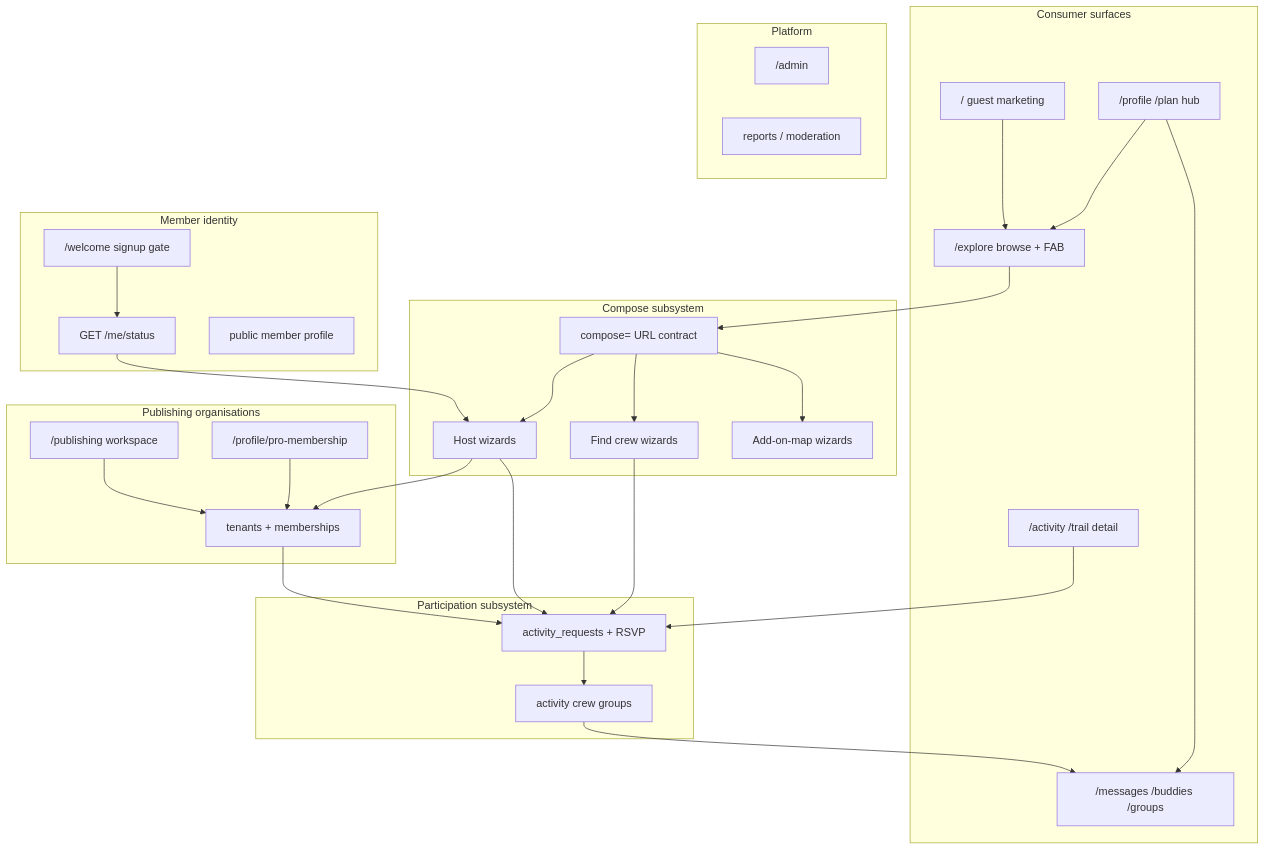
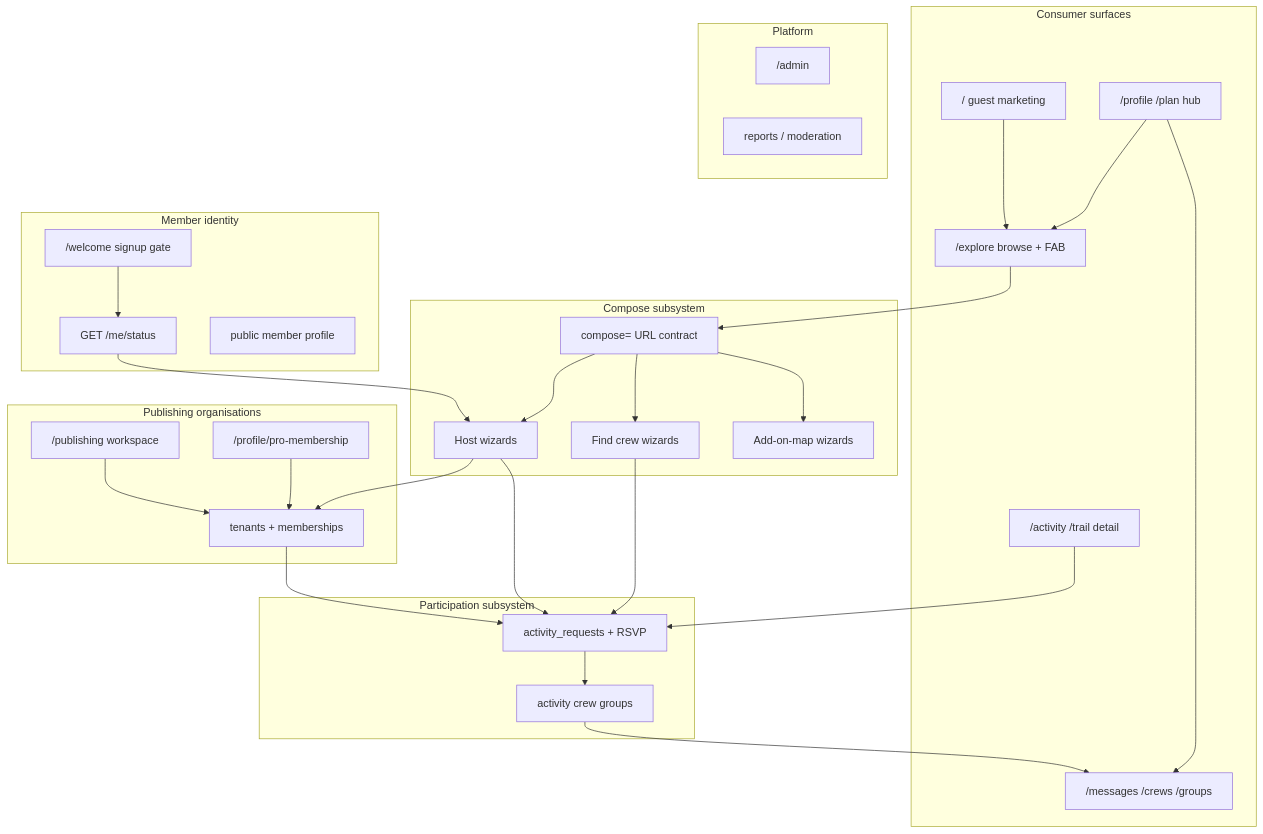
One commit to rajpurchasync/UAEtrail changed the first of 2 diagrams in docs/SYSTEM_COHERENCE.md. Above: the diagram before and after it, drawn with Mermaid. The commit also changed other lines of this file and 295 other files, not shown here.

````diff
--- a/docs/SYSTEM_COHERENCE.md
+++ b/docs/SYSTEM_COHERENCE.md
@@ -29,58 +31,58 @@
 ```mermaid
 flowchart TB
   subgraph surfaces [Consumer surfaces]
     M["/ guest marketing"]
     E["/explore browse + FAB"]
     P["/profile /plan hub"]
     D["/activity /trail detail"]
-    MSG["/messages /buddies /groups"]
+    MSG["/messages /crews /groups"]
   end
 
   subgraph compose [Compose subsystem]
     FAB["compose= URL contract"]
     ORG["Host wizards"]
     FIND["Find crew wizards"]
     ADD["Add-on-map wizards"]
   end
 
   subgraph participation [Participation subsystem]
     JOIN["activity_requests + RSVP"]
     CREW["activity crew groups"]
   end
 
   subgraph identity [Member identity]
     WEL["/welcome signup gate"]
     HS["GET /me/status"]
     PUB["public member profile"]
   end
 
   subgraph publishing [Publishing organisations]
     TEN["tenants + memberships"]
     HOST["/publishing workspace"]
     PRO["/profile/pro-membership"]
   end
 
   subgraph platform [Platform]
     ADM["/admin"]
     MOD["reports / moderation"]
   end
 
   M --> E
   E --> FAB
   FAB --> ORG
   FAB --> FIND
   FAB --> ADD
   ORG --> TEN
   ORG --> JOIN
   FIND --> JOIN
   D --> JOIN
   JOIN --> CREW
   CREW --> MSG
   WEL --> HS
   HS --> ORG
   PRO --> TEN
   HOST --> TEN
   TEN --> JOIN
   P --> E
   P --> MSG
 ```
````
